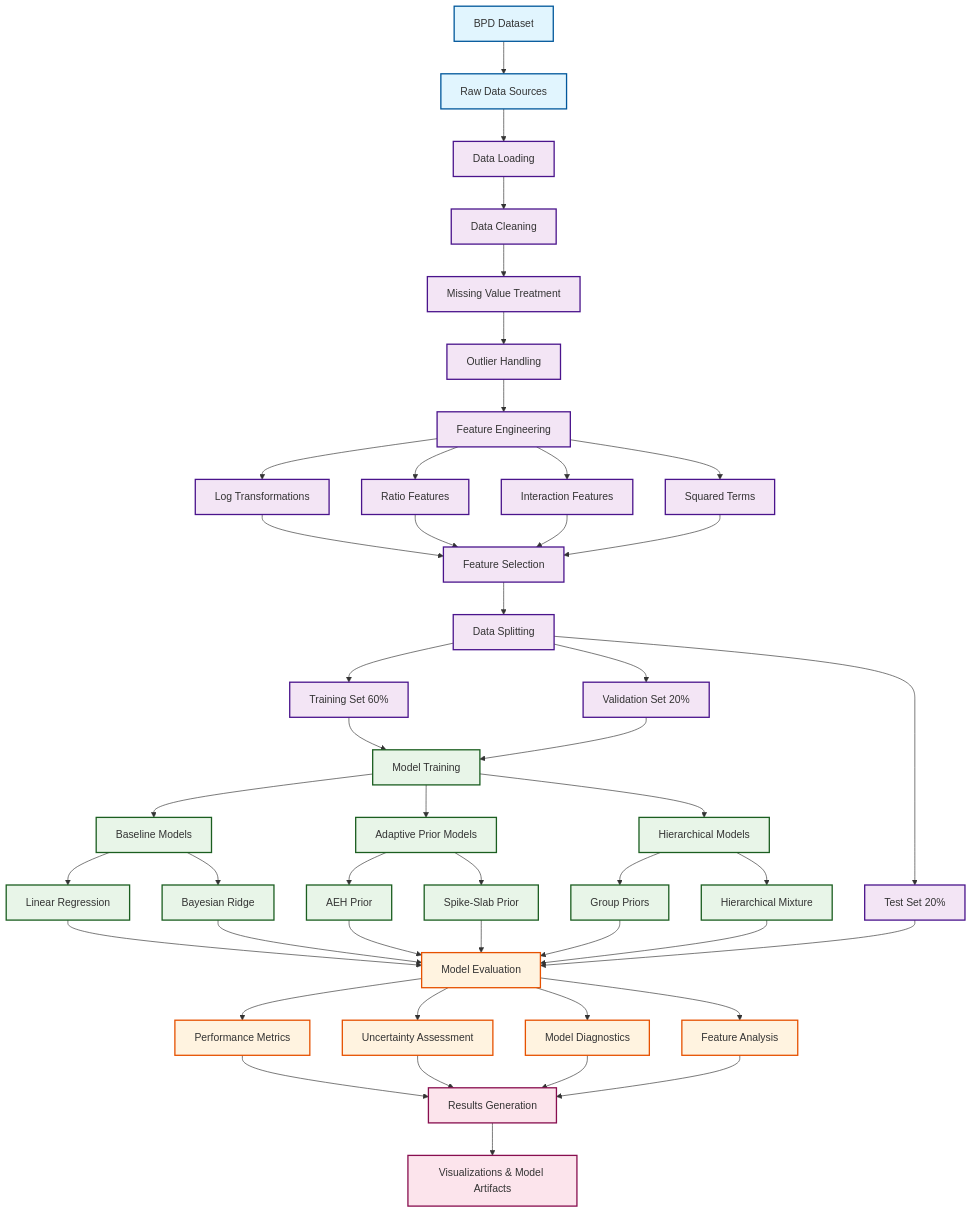
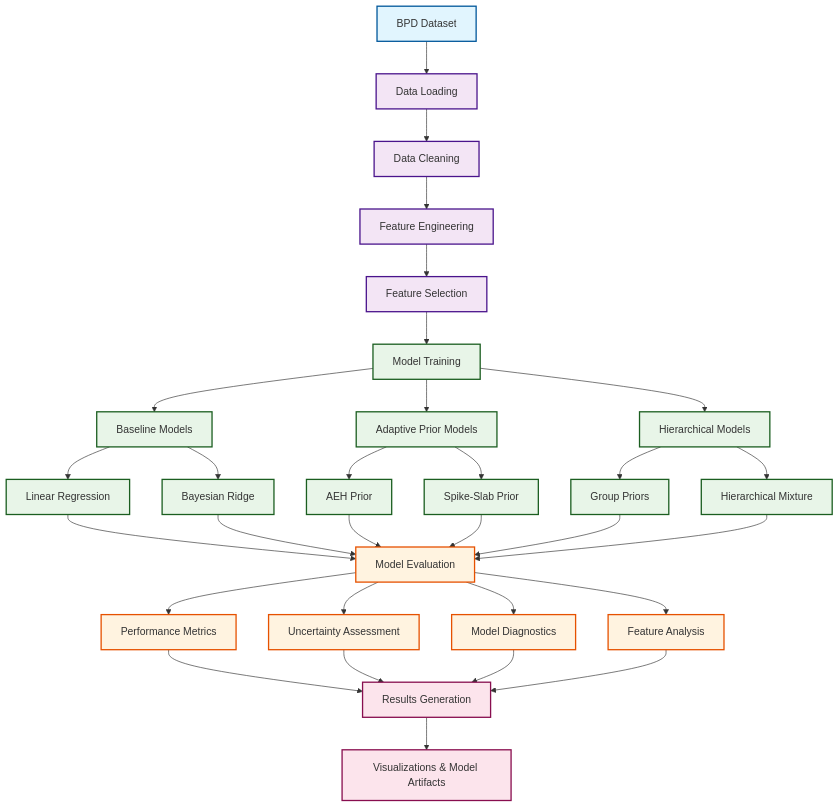
The diagram in bpd/V3_clean/DATA_PIPELINE.md (georgepaul171/Research-Project), drawn with Mermaid before and after one commit.

Commit message:
data pipeline diagram

````diff
--- a/bpd/V3_clean/DATA_PIPELINE.md
+++ b/bpd/V3_clean/DATA_PIPELINE.md
@@ -8,82 +8,62 @@
 ```mermaid
 graph TD
     %% Data Sources
-    A[Raw Data Sources] --> B[Data Loading]
-    A1[BPD Dataset] --> A
+    A[BPD Dataset] --> B[Data Loading]
     
-    %% Data Loading and Initial Processing
+    %% Data Processing
     B --> C[Data Cleaning]
-    C --> D[Missing Value Treatment]
-    D --> E[Outlier Handling]
-    
-    %% Feature Engineering
-    E --> F[Feature Engineering]
-    F --> F1[Log Transformations]
-    F --> F2[Ratio Features]
-    F --> F3[Interaction Features]
-    F --> F4[Squared Terms]
-    
-    F1 --> G[Feature Selection]
-    F2 --> G
-    F3 --> G
-    F4 --> G
-    
-    %% Data Splitting
-    G --> H[Data Splitting]
-    H --> H1[Training Set 60%]
-    H --> H2[Validation Set 20%]
-    H --> H3[Test Set 20%]
+    C --> D[Feature Engineering]
+    D --> E[Feature Selection]
     
     %% Model Training Pipeline
-    H1 --> I[Model Training]
-    H2 --> I
+    E --> I[Model Training]
     
     I --> I1[Baseline Models]
     I --> I2[Adaptive Prior Models]
     I --> I3[Hierarchical Models]
     
     I1 --> I1a[Linear Regression]
     I1 --> I1b[Bayesian Ridge]
     
     I2 --> I2a[AEH Prior]
     I2 --> I2b[Spike-Slab Prior]
     
     I3 --> I3a[Group Priors]
     I3 --> I3b[Hierarchical Mixture]
     
     %% Model Evaluation
     I1a --> J[Model Evaluation]
     I1b --> J
     I2a --> J
     I2b --> J
     I3a --> J
     I3b --> J
     
-    H3 --> J
+
     
     %% Evaluation and Results
     J --> K[Performance Metrics]
     J --> L[Uncertainty Assessment]
     J --> M[Model Diagnostics]
     J --> N[Feature Analysis]
     
     K --> O[Results Generation]
     L --> O
     M --> O
     N --> O
     
     O --> P[Visualizations & Model Artifacts]
     
     %% Styling
     classDef dataSource fill:#e1f5fe,stroke:#01579b,stroke-width:2px
     classDef processing fill:#f3e5f5,stroke:#4a148c,stroke-width:2px
     classDef model fill:#e8f5e8,stroke:#1b5e20,stroke-width:2px
     classDef evaluation fill:#fff3e0,stroke:#e65100,stroke-width:2px
     classDef output fill:#fce4ec,stroke:#880e4f,stroke-width:2px
     
-    class A,A1 dataSource
-    class B,C,D,E,F,F1,F2,F3,F4,G,H,H1,H2,H3 processing
+    class A dataSource
+    class B,C,D,E processing
     class I,I1,I2,I3,I1a,I1b,I2a,I2b,I3a,I3b model
     class J,K,L,M,N evaluation
     class O,P output
 ```
````
